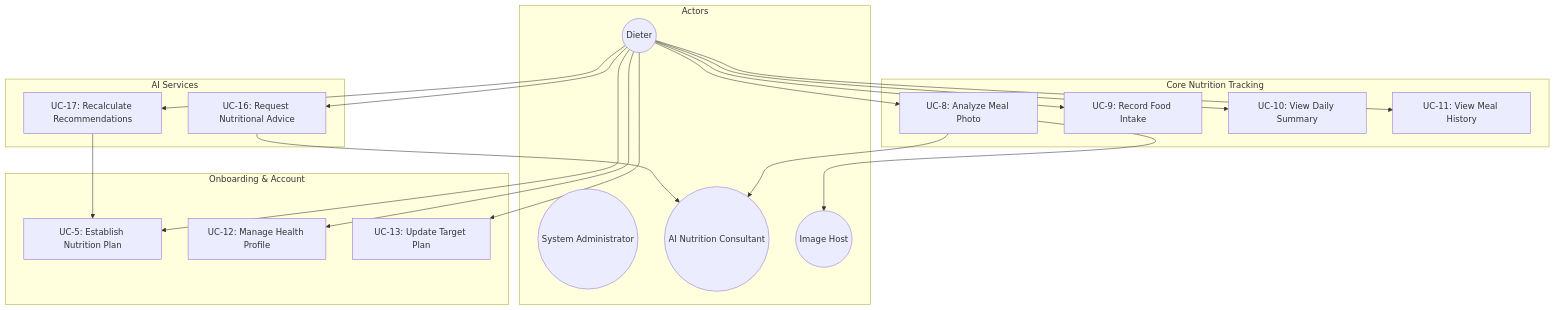
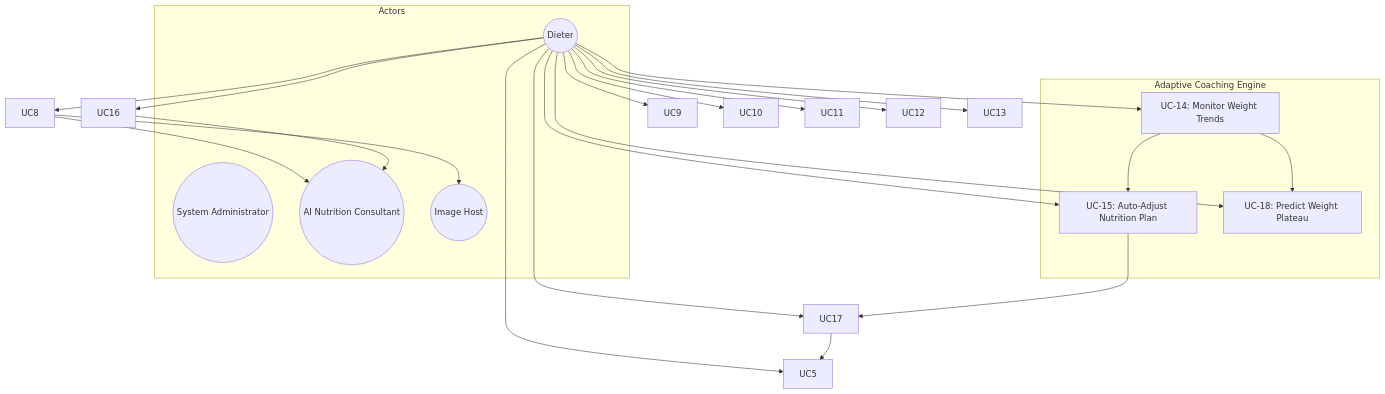
Before and after one commit to MinhTriet0612/CalAIClone: the first of 7 diagrams in docs/USE_CASES.md, drawn with Mermaid. The commit also changed other lines of this file and 19 other files, not shown here.

First line of the commit message:
feat: implement Adaptive Coaching Engine with scientific metabolic modeling

````diff
--- a/docs/USE_CASES.md
+++ b/docs/USE_CASES.md
@@ -5,42 +5,36 @@
 ```mermaid
 graph TB
     subgraph Actors
         D((Dieter))
         SA((System Administrator))
         AI((AI Nutrition Consultant))
         IMG((Image Host))
     end
 
-    subgraph "Onboarding & Account"
-        UC5[UC-5: Establish Nutrition Plan]
-        UC12[UC-12: Manage Health Profile]
-        UC13[UC-13: Update Target Plan]
-    end
-
-    subgraph "Core Nutrition Tracking"
-        UC8[UC-8: Analyze Meal Photo]
-        UC9[UC-9: Record Food Intake]
-        UC10[UC-10: View Daily Summary]
-        UC11[UC-11: View Meal History]
-    end
-
-    subgraph "AI Services"
-        UC16[UC-16: Request Nutritional Advice]
-        UC17[UC-17: Recalculate Recommendations]
+    subgraph "Adaptive Coaching Engine"
+        UC14[UC-14: Monitor Weight Trends]
+        UC15[UC-15: Auto-Adjust Nutrition Plan]
+        UC18[UC-18: Predict Weight Plateau]
     end
 
     D --> UC5
     D --> UC8
     D --> UC9
     D --> UC10
     D --> UC11
     D --> UC12
     D --> UC13
     D --> UC16
     D --> UC17
+    D --> UC14
+    D --> UC15
+    D --> UC18
 
     UC8 --> AI
     UC8 --> IMG
     UC16 --> AI
     UC17 --> UC5
+    UC15 --> UC17
+    UC14 --> UC15
+    UC14 --> UC18
 ```
````
